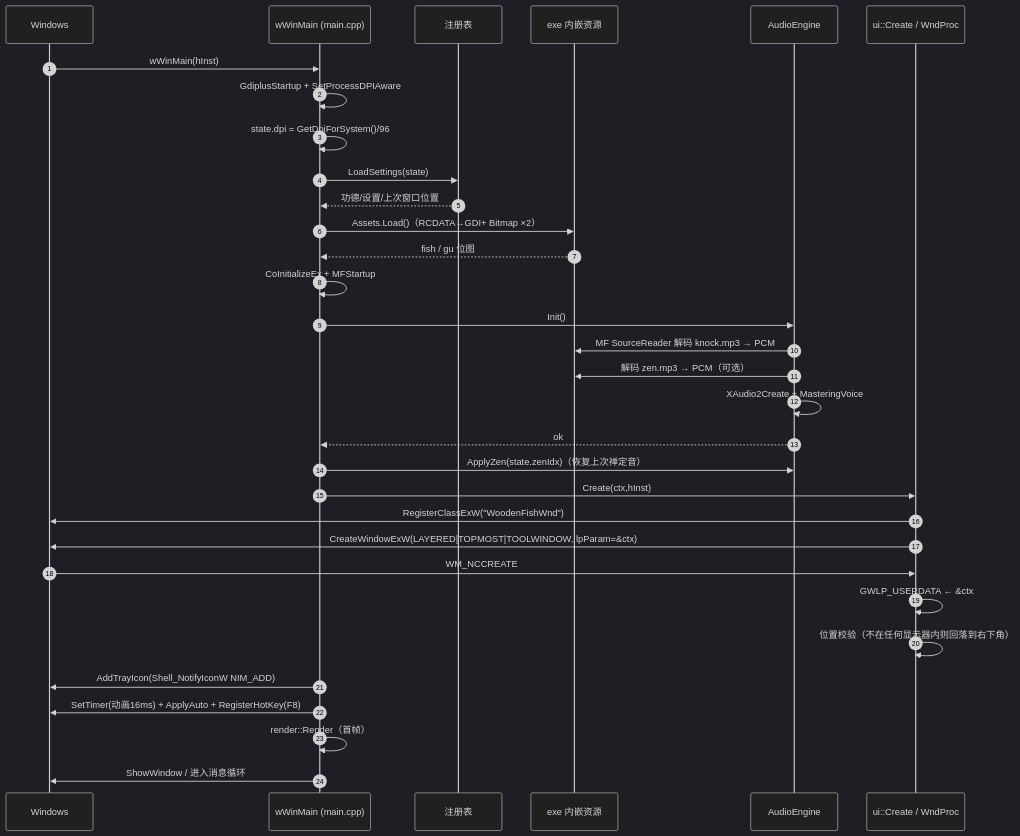
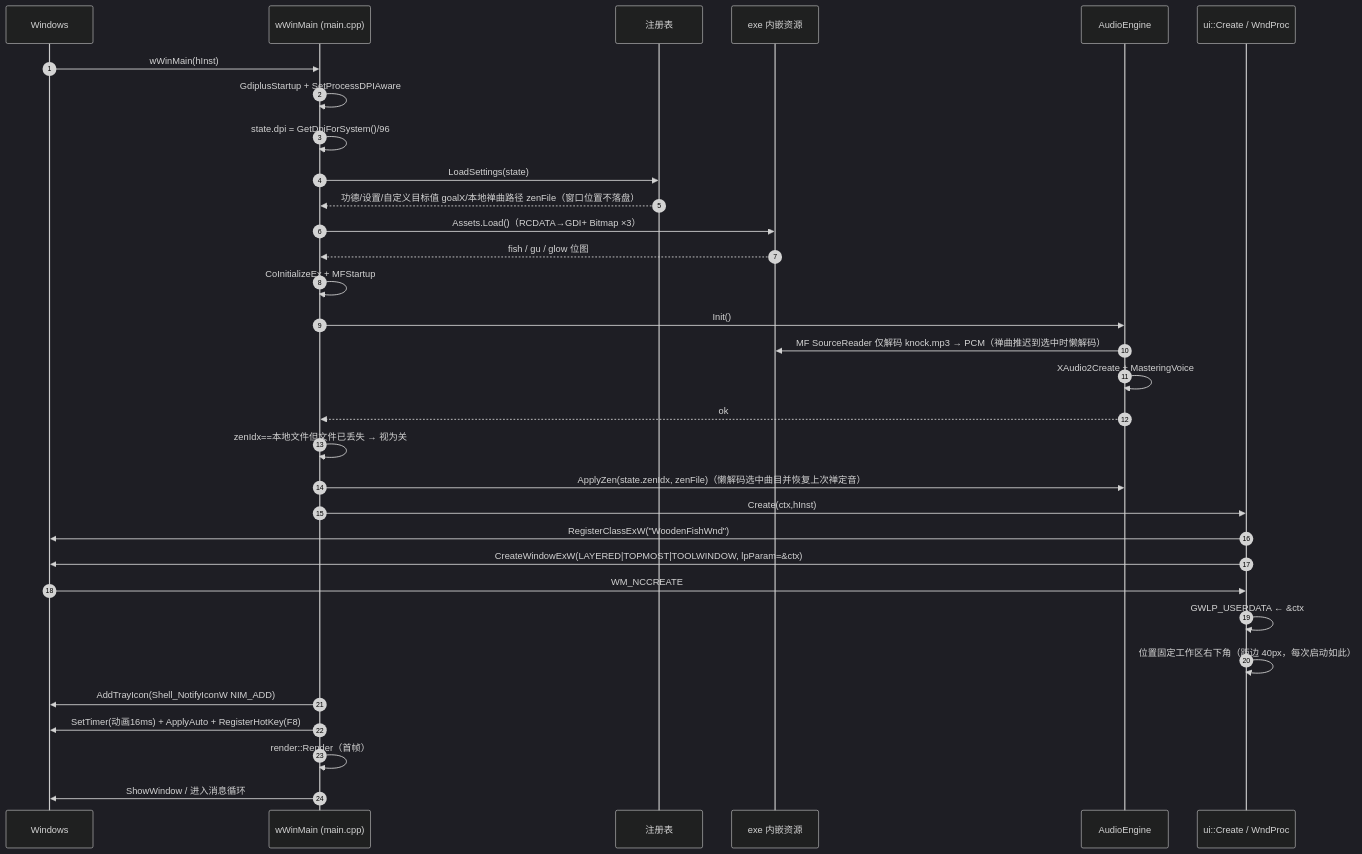
One commit to TianYunCode/wooden_fish changed the first of 5 diagrams in docs/sequence-diagrams.md. Above: the diagram before and after it, drawn with Mermaid (dark theme). The commit also changed other lines of this file and 4 other files, not shown here.

````diff
--- a/docs/sequence-diagrams.md
+++ b/docs/sequence-diagrams.md
@@ -7,35 +7,35 @@
 ```mermaid
 sequenceDiagram
     autonumber
     participant OS as Windows
     participant M as wWinMain (main.cpp)
     participant REG as 注册表
     participant R as exe 内嵌资源
     participant AE as AudioEngine
     participant W as ui::Create / WndProc
 
     OS->>M: wWinMain(hInst)
     M->>M: GdiplusStartup + SetProcessDPIAware
     M->>M: state.dpi = GetDpiForSystem()/96
     M->>REG: LoadSettings(state)
-    REG-->>M: 功德/设置/上次窗口位置
-    M->>R: Assets.Load()（RCDATA→GDI+ Bitmap ×2）
-    R-->>M: fish / gu 位图
+    REG-->>M: 功德/设置/自定义目标值 goalX/本地禅曲路径 zenFile（窗口位置不落盘）
+    M->>R: Assets.Load()（RCDATA→GDI+ Bitmap ×3）
+    R-->>M: fish / gu / glow 位图
     M->>M: CoInitializeEx + MFStartup
     M->>AE: Init()
-    AE->>R: MF SourceReader 解码 knock.mp3 → PCM
-    AE->>R: 解码 zen.mp3 → PCM（可选）
+    AE->>R: MF SourceReader 仅解码 knock.mp3 → PCM（禅曲推迟到选中时懒解码）
     AE->>AE: XAudio2Create + MasteringVoice
     AE-->>M: ok
-    M->>AE: ApplyZen(state.zenIdx)（恢复上次禅定音）
+    M->>M: zenIdx==本地文件但文件已丢失 → 视为关
+    M->>AE: ApplyZen(state.zenIdx, zenFile)（懒解码选中曲目并恢复上次禅定音）
     M->>W: Create(ctx,hInst)
     W->>OS: RegisterClassExW("WoodenFishWnd")
     W->>OS: CreateWindowExW(LAYERED|TOPMOST|TOOLWINDOW, lpParam=&ctx)
     OS->>W: WM_NCCREATE
     W->>W: GWLP_USERDATA ← &ctx
-    W->>W: 位置校验（不在任何显示器内则回落到右下角）
+    W->>W: 位置固定工作区右下角（距边 40px，每次启动如此）
     M->>OS: AddTrayIcon(Shell_NotifyIconW NIM_ADD)
     M->>OS: SetTimer(动画16ms) + ApplyAuto + RegisterHotKey(F8)
     M->>M: render::Render（首帧）
     M->>OS: ShowWindow / 进入消息循环
 ```
````
